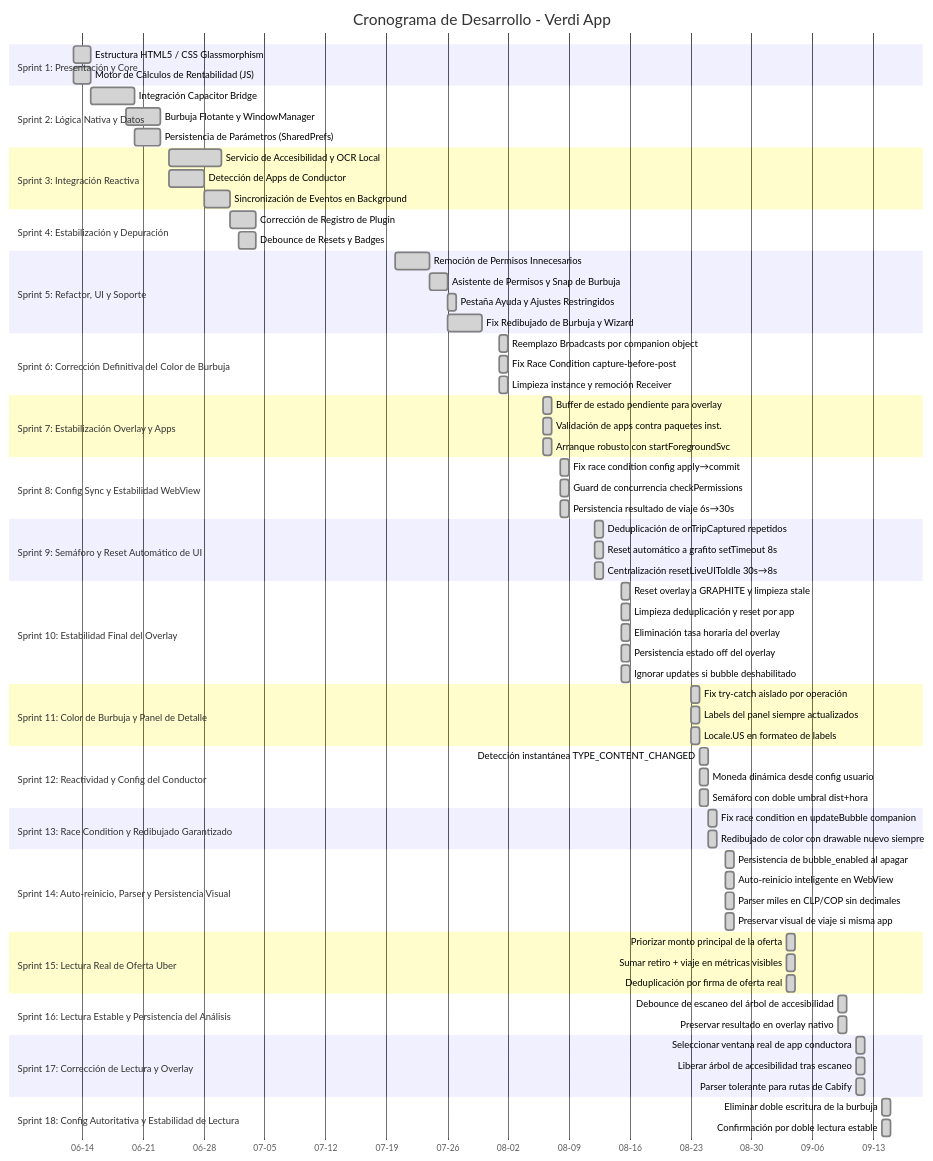
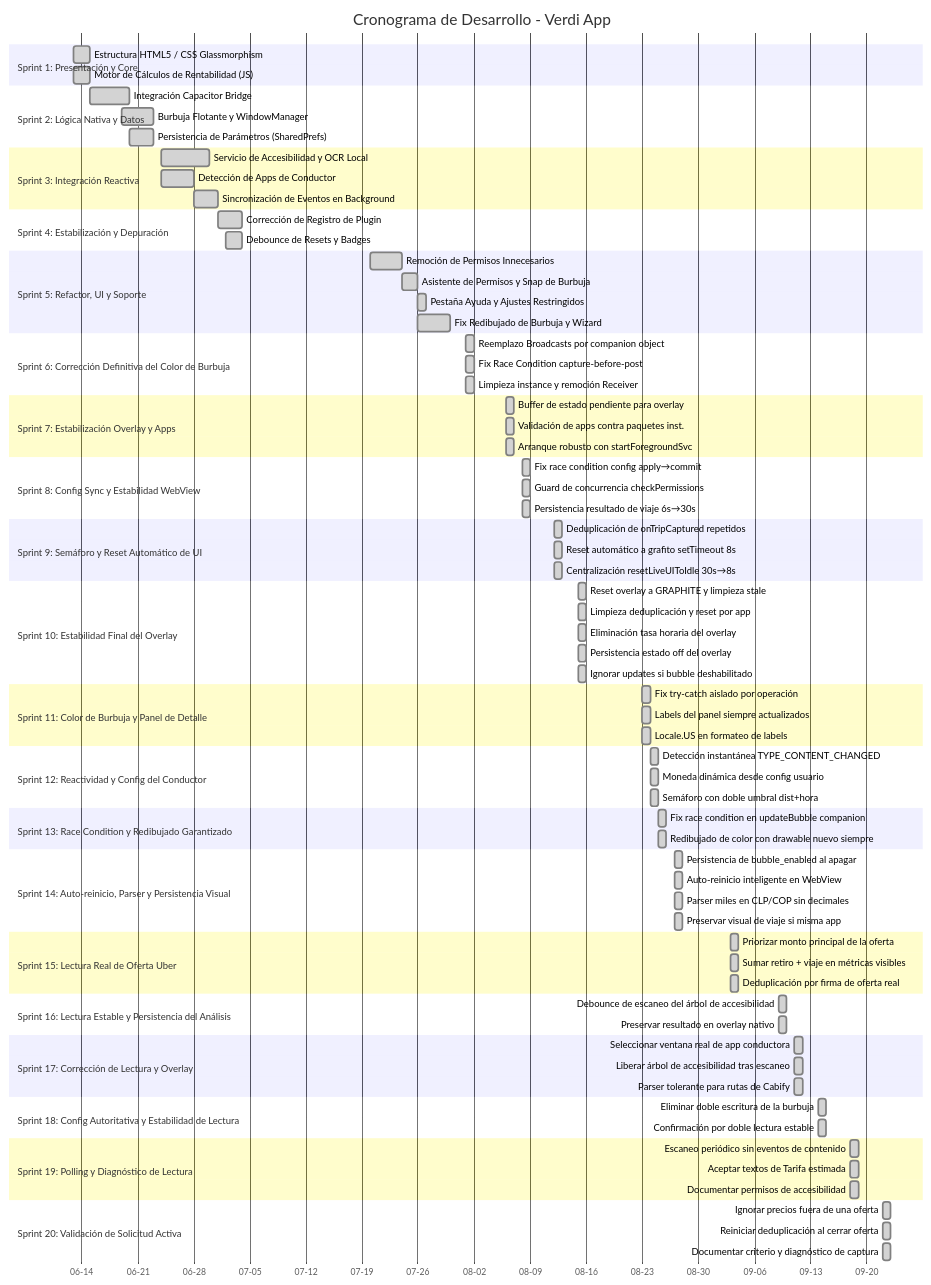
One commit to JorgeFreire95/Verdi changed the diagram in CRONOGRAMA_DESARROLLO.md. Above: the diagram before and after it, drawn with Mermaid. The commit also changed other lines of this file and 2 other files, not shown here.

````diff
--- a/CRONOGRAMA_DESARROLLO.md
+++ b/CRONOGRAMA_DESARROLLO.md
@@ -102,4 +102,14 @@
     section Sprint 18: Config Autoritativa y Estabilidad de Lectura
     Eliminar doble escritura de la burbuja      :done, s18a, 2026-09-14, 1d
     Confirmación por doble lectura estable      :done, s18b, 2026-09-14, 1d
+
+    section Sprint 19: Polling y Diagnóstico de Lectura
+    Escaneo periódico sin eventos de contenido  :done, s19a, 2026-09-18, 1d
+    Aceptar textos de Tarifa estimada           :done, s19b, 2026-09-18, 1d
+    Documentar permisos de accesibilidad        :done, s19c, 2026-09-18, 1d
+
+    section Sprint 20: Validación de Solicitud Activa
+    Ignorar precios fuera de una oferta         :done, s20a, 2026-09-22, 1d
+    Reiniciar deduplicación al cerrar oferta    :done, s20b, 2026-09-22, 1d
+    Documentar criterio y diagnóstico de captura :done, s20c, 2026-09-22, 1d
 ```
````
